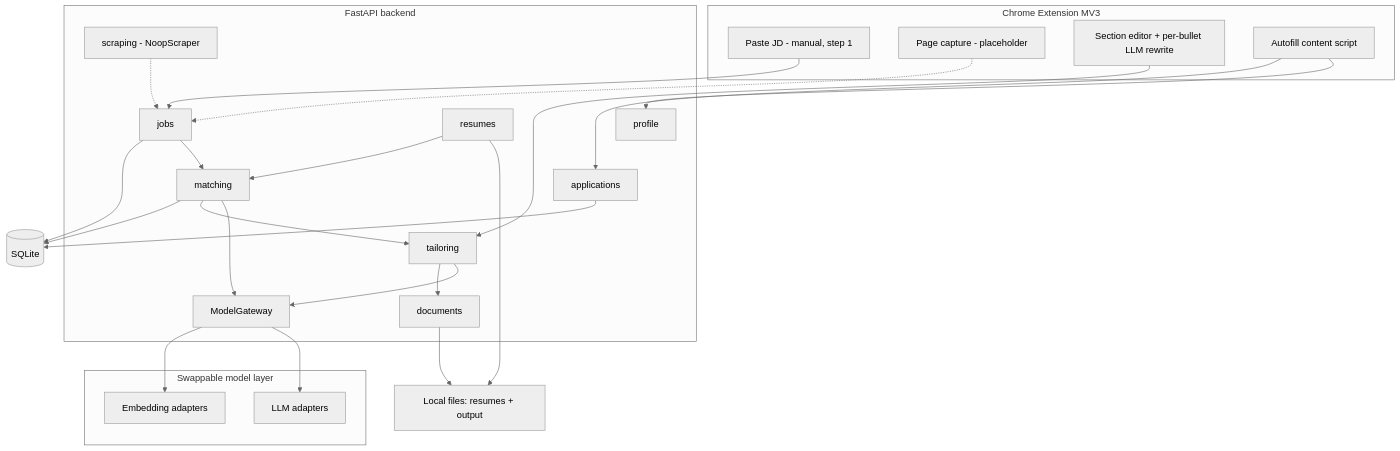
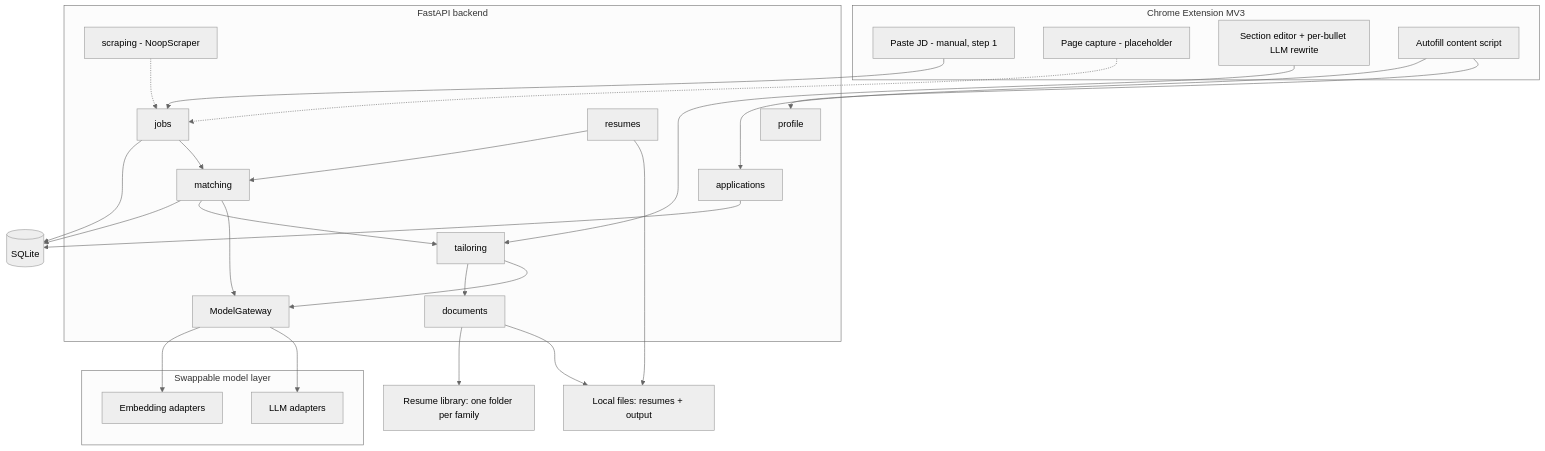
One commit to Rushi021/AI-application-assistant changed the first of 3 diagrams in ARCHITECTURE.md. Above: the diagram before and after it, drawn with Mermaid (neutral theme). The commit also changed other lines of this file and 38 other files, not shown here.

````diff
--- a/ARCHITECTURE.md
+++ b/ARCHITECTURE.md
@@ -23,49 +26,51 @@
 ```mermaid
 flowchart TB
     subgraph ext [Chrome Extension MV3]
         Paste[Paste JD - manual, step 1]
         Capture[Page capture - placeholder]
         Editor[Section editor + per-bullet LLM rewrite]
         Autofill[Autofill content script]
     end
 
     subgraph api [FastAPI backend]
         Jobs[jobs]
         Resumes[resumes]
         Matching[matching]
         Tailoring[tailoring]
         Documents[documents]
         Apps[applications]
         Profile[profile]
         Scraping[scraping - NoopScraper]
         Gateway[ModelGateway]
     end
 
     subgraph models [Swappable model layer]
         LLM[LLM adapters]
         EMB[Embedding adapters]
     end
 
     DB[(SQLite)]
     FS[Local files: resumes + output]
+    LIB[Resume library: one folder per family]
 
     Paste --> Jobs
     Capture -.-> Jobs
     Scraping -.-> Jobs
     Resumes --> FS
     Jobs --> Matching
     Resumes --> Matching
     Matching --> Gateway
     Matching --> Tailoring
     Tailoring --> Gateway
     Tailoring --> Documents
     Documents --> FS
+    Documents --> LIB
     Editor --> Tailoring
     Autofill --> Profile
     Autofill --> Apps
     Apps --> DB
     Jobs --> DB
     Matching --> DB
     Gateway --> LLM
     Gateway --> EMB
 ```
````
